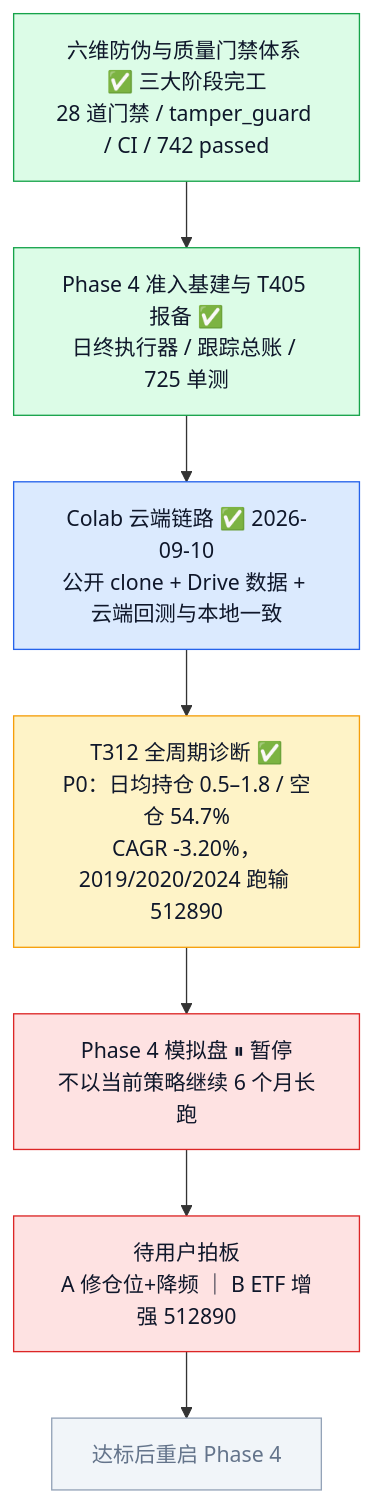
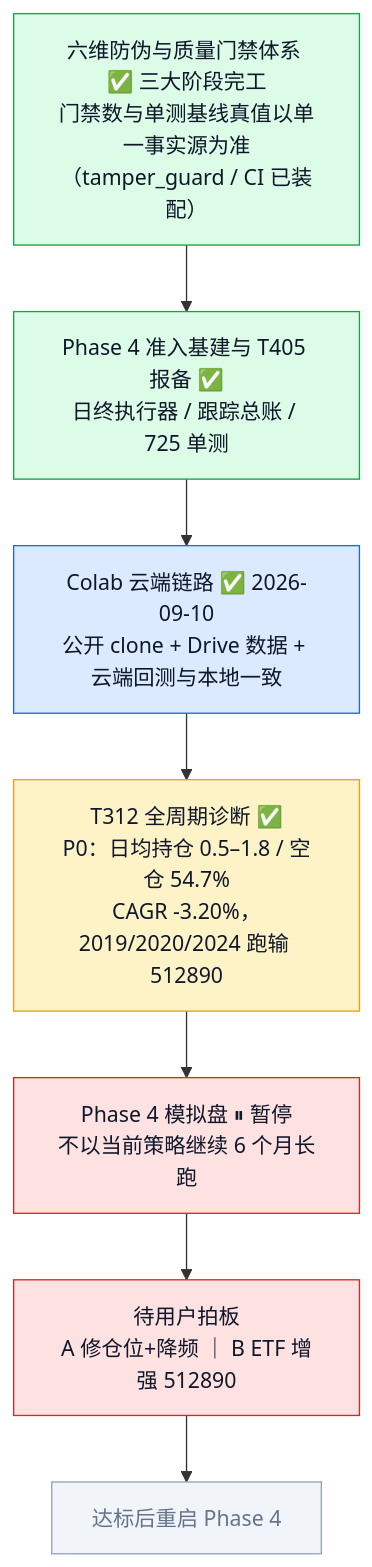
Before and after one commit to YZml1507/FinAI2.0: the sixth of 6 diagrams in docs/project_status_flowchart.md, drawn with Mermaid. The commit also changed other lines of this file and 14 other files, not shown here.

````diff
--- a/docs/project_status_flowchart.md
+++ b/docs/project_status_flowchart.md
@@ -138,17 +138,17 @@
 ```mermaid
 flowchart TD
-  GATE_DONE["六维防伪与质量门禁体系 ✅ 三大阶段完工<br/>28 道门禁 / tamper_guard / CI / 742 passed"]
+  GATE_DONE["六维防伪与质量门禁体系 ✅ 三大阶段完工<br/>门禁数与单测基线真值以单一事实源为准<br/>（tamper_guard / CI 已装配）"]
   GATE_DONE --> P4_ADMIT["Phase 4 准入基建与 T405 报备 ✅<br/>日终执行器 / 跟踪总账 / 725 单测"]
   P4_ADMIT --> CLOUD["Colab 云端链路 ✅ 2026-09-10<br/>公开 clone + Drive 数据 + 云端回测与本地一致"]
   CLOUD --> DIAG["T312 全周期诊断 ✅<br/>P0：日均持仓 0.5–1.8 / 空仓 54.7%<br/>CAGR -3.20%，2019/2020/2024 跑输 512890"]
   DIAG --> HOLD["Phase 4 模拟盘 ⏸ 暂停<br/>不以当前策略继续 6 个月长跑"]
   HOLD --> DECIDE["待用户拍板<br/>A 修仓位+降频 ｜ B ETF 增强 512890"]
   DECIDE --> OK["达标后重启 Phase 4"]
   style GATE_DONE fill:#dcfce7,stroke:#16a34a,color:#0f172a
   style P4_ADMIT fill:#dcfce7,stroke:#16a34a,color:#0f172a
   style CLOUD fill:#dbeafe,stroke:#2563eb,color:#0f172a
   style DIAG fill:#fef3c7,stroke:#f59e0b,color:#0f172a
   style HOLD fill:#fee2e2,stroke:#dc2626,color:#0f172a
   style DECIDE fill:#fee2e2,stroke:#dc2626,color:#0f172a
   style OK fill:#f1f5f9,stroke:#94a3b8,color:#64748b
 ```
````
